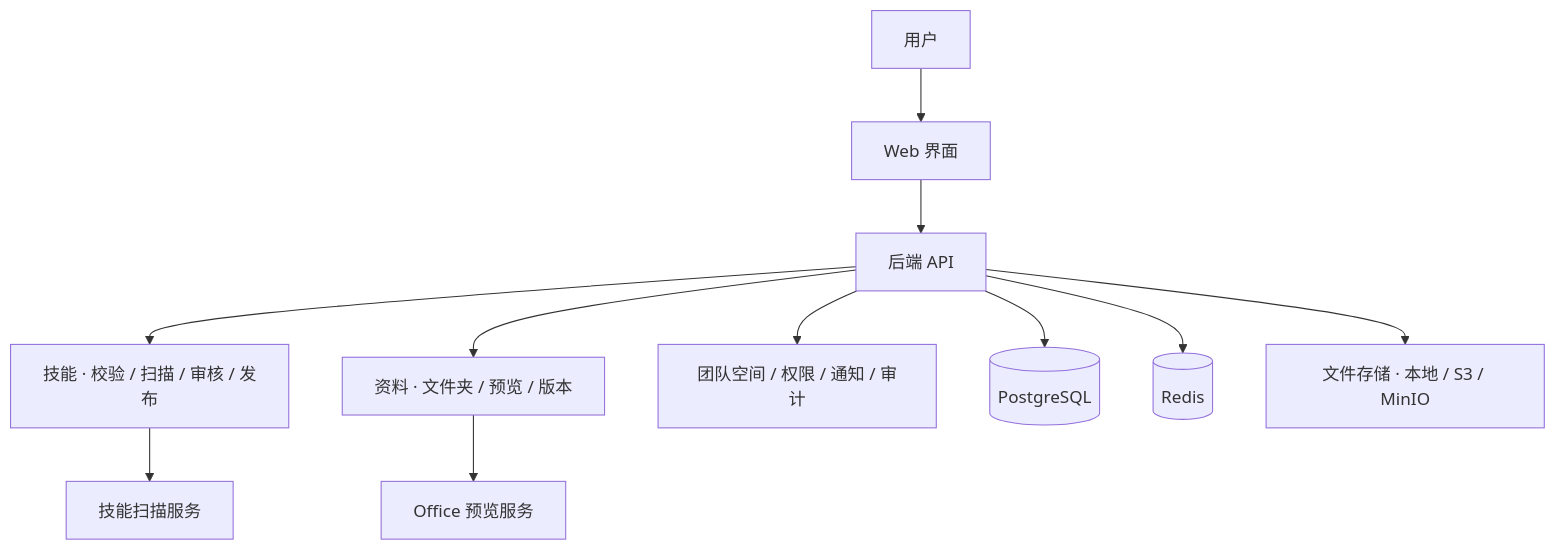
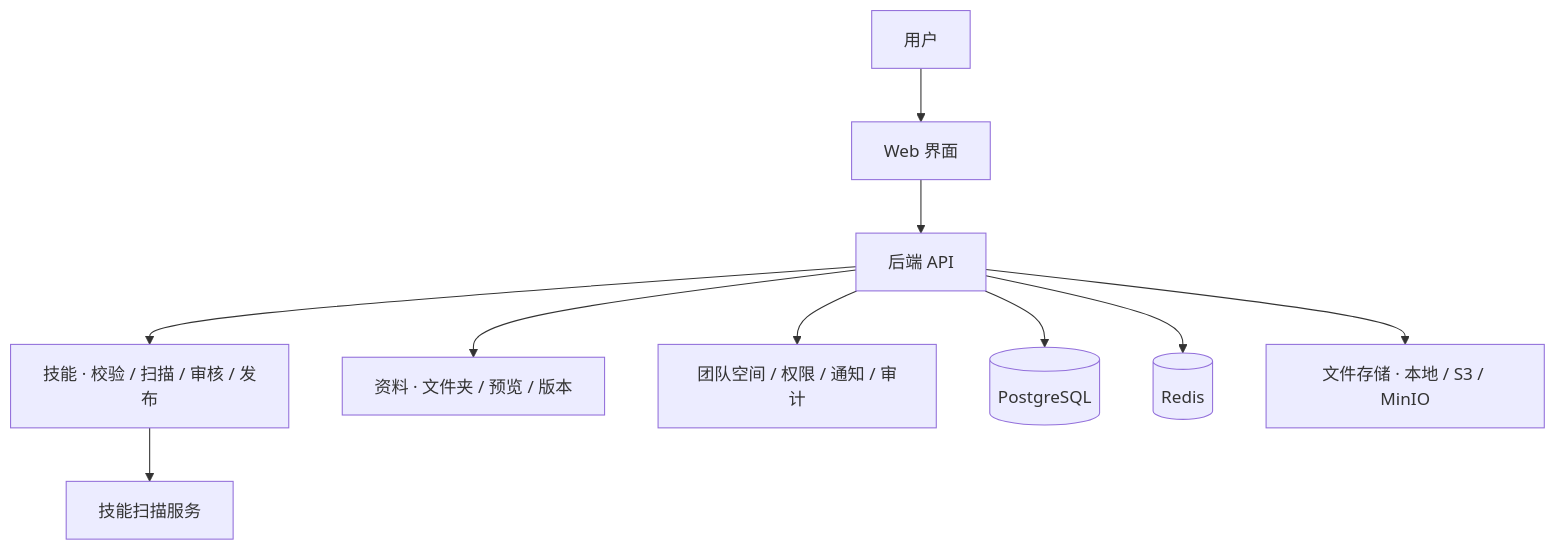
Before and after one commit to kun001/skillhive: the second of 2 diagrams in README.md, drawn with Mermaid. The commit also changed other lines of this file and 40 other files, not shown here.

````diff
--- a/README.md
+++ b/README.md
@@ -210,13 +209,12 @@
 ```mermaid
 flowchart TB
     User[用户] --> Web[Web 界面]
     Web --> API[后端 API]
     API --> Skill[技能 · 校验 / 扫描 / 审核 / 发布]
     API --> Knowledge[资料 · 文件夹 / 预览 / 版本]
     API --> Governance[团队空间 / 权限 / 通知 / 审计]
     Skill --> Scanner[技能扫描服务]
-    Knowledge --> Preview[Office 预览服务]
     API --> DB[(PostgreSQL)]
     API --> Redis[(Redis)]
     API --> Storage[文件存储 · 本地 / S3 / MinIO]
 ```
````
